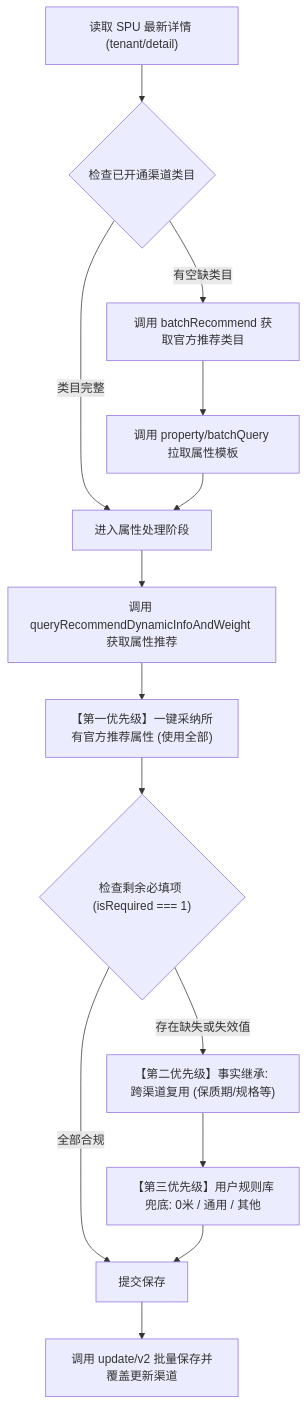
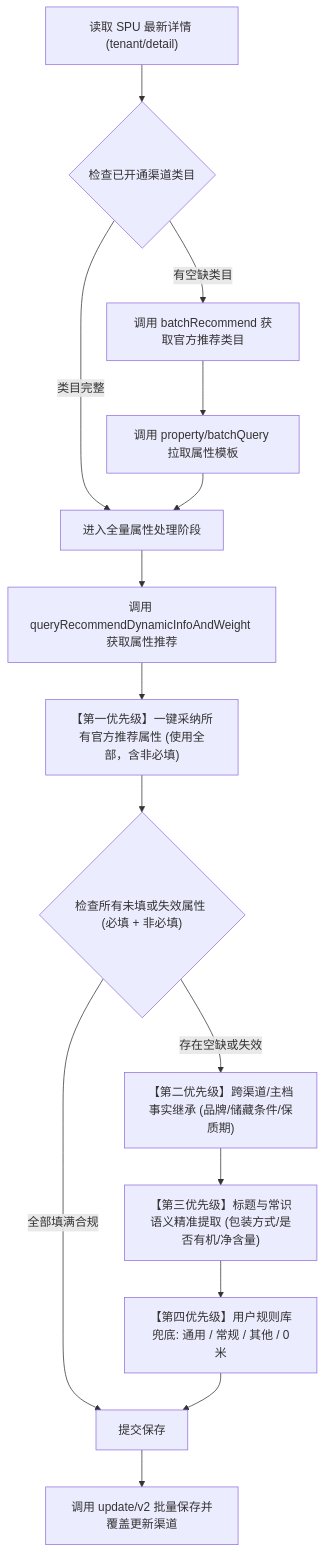
One commit to cycjianai/shangpin-yunying changed the diagram in references/channel-attribute-contract-v2.md. Above: the diagram before and after it, drawn with Mermaid. The commit also changed other lines of this file and 2 other files, not shown here.

Commit message:
feat(skill): mandate full attribute filling (required + non-required) to maximize exposure and prevent blank fields

````diff
--- a/references/channel-attribute-contract-v2.md
+++ b/references/channel-attribute-contract-v2.md
@@ -38,16 +39,17 @@
 ```mermaid
 flowchart TD
     A["读取 SPU 最新详情 (tenant/detail)"] --> B{"检查已开通渠道类目"}
     B -- 有空缺类目 --> C["调用 batchRecommend 获取官方推荐类目"]
     C --> D["调用 property/batchQuery 拉取属性模板"]
-    B -- 类目完整 --> E["进入属性处理阶段"]
+    B -- 类目完整 --> E["进入全量属性处理阶段"]
     D --> E
     E --> F["调用 queryRecommendDynamicInfoAndWeight 获取属性推荐"]
-    F --> G["【第一优先级】一键采纳所有官方推荐属性 (使用全部)"]
-    G --> H{"检查剩余必填项 (isRequired === 1)"}
-    H -- 存在缺失或失效值 --> I["【第二优先级】事实继承: 跨渠道复用 (保质期/规格等)"]
-    I --> J["【第三优先级】用户规则库兜底: 0米 / 通用 / 其他"]
-    H -- 全部合规 --> K["提交保存"]
-    J --> K
-    K --> L["调用 update/v2 批量保存并覆盖更新渠道"]
+    F --> G["【第一优先级】一键采纳所有官方推荐属性 (使用全部，含非必填)"]
+    G --> H{"检查所有未填或失效属性 (必填 + 非必填)"}
+    H -- 存在空缺或失效 --> I["【第二优先级】跨渠道/主档事实继承 (品牌/储藏条件/保质期)"]
+    I --> J["【第三优先级】标题与常识语义精准提取 (包装方式/是否有机/净含量)"]
+    J --> K["【第四优先级】用户规则库兜底: 通用 / 常规 / 其他 / 0米"]
+    H -- 全部填满合规 --> L["提交保存"]
+    K --> L
+    L --> M["调用 update/v2 批量保存并覆盖更新渠道"]
 ```
````
